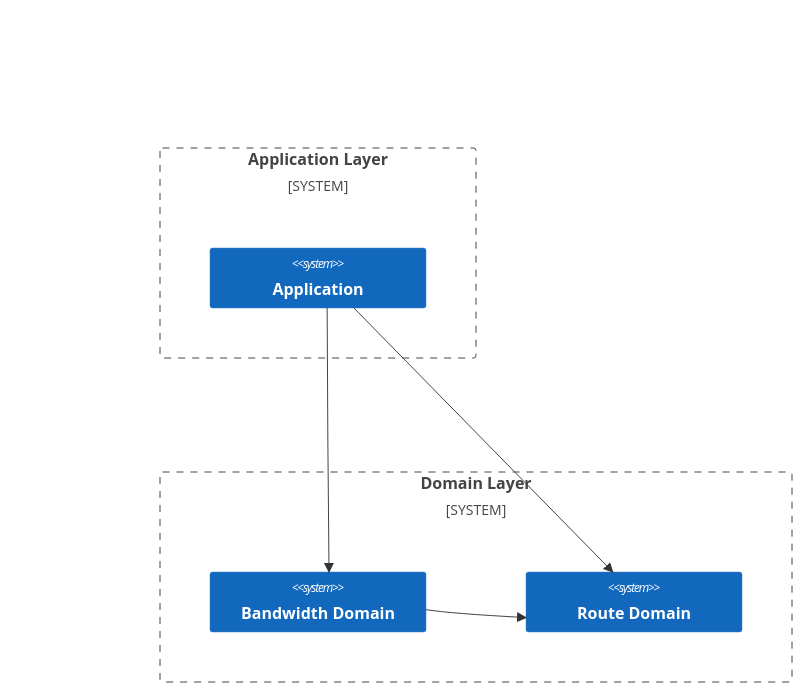
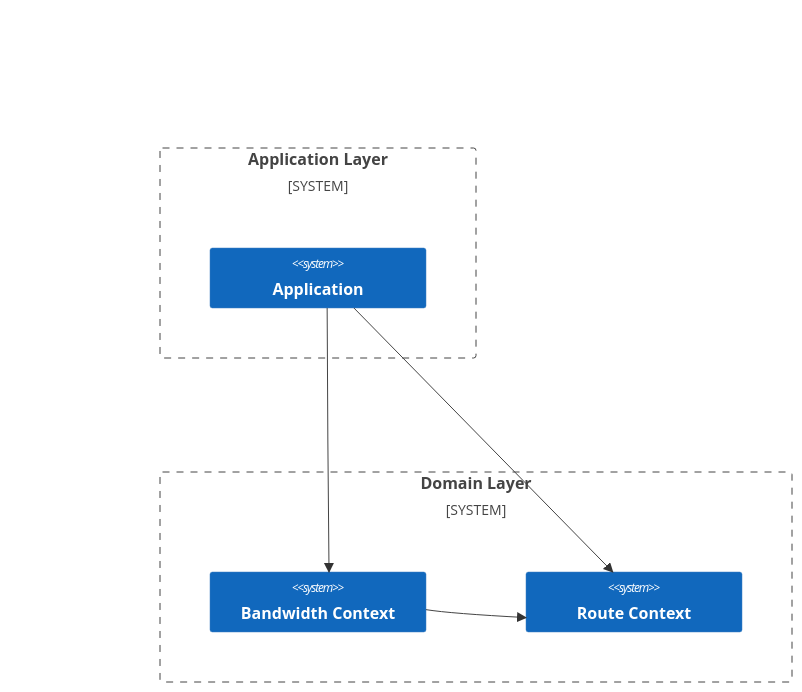
Before and after one commit to fuookami/ospf: the diagram in docs/examples/framework-example1.md, drawn with Mermaid. The commit also changed other lines of this file and 96 other files, not shown here.

````diff
--- a/docs/examples/framework-example1.md
+++ b/docs/examples/framework-example1.md
@@ -24,16 +24,16 @@
 ```mermaid
 C4Context
-  System_Boundary(ApplicationLayer, "Application Layer") {
-    System(Application, "Application")
+  System_Boundary(application_layer, "Application Layer") {
+    System(application, "Application")
   }
-  System_Boundary(DomainLayer, "Domain Layer") {
-    System(BandwidthDomain, "Bandwidth Domain")
-    System(RouteDomain, "Route Domain")
+  System_Boundary(domain_layer, "Domain Layer") {
+    System(bandwidth_context, "Bandwidth Context")
+    System(route_context, "Route Context")
   }
 
-  Rel(Application, RouteDomain, "", "")
-  Rel(Application, BandwidthDomain, "", "")
-  Rel(BandwidthDomain, RouteDomain, "", "")
+  Rel(application, route_context, "", "")
+  Rel(application, bandwidth_context, "", "")
+  Rel(bandwidth_context, route_context, "", "")
 
   UpdateLayoutConfig($c4ShapeInRow="3", $c4BoundaryInRow="1")
 ```
````
